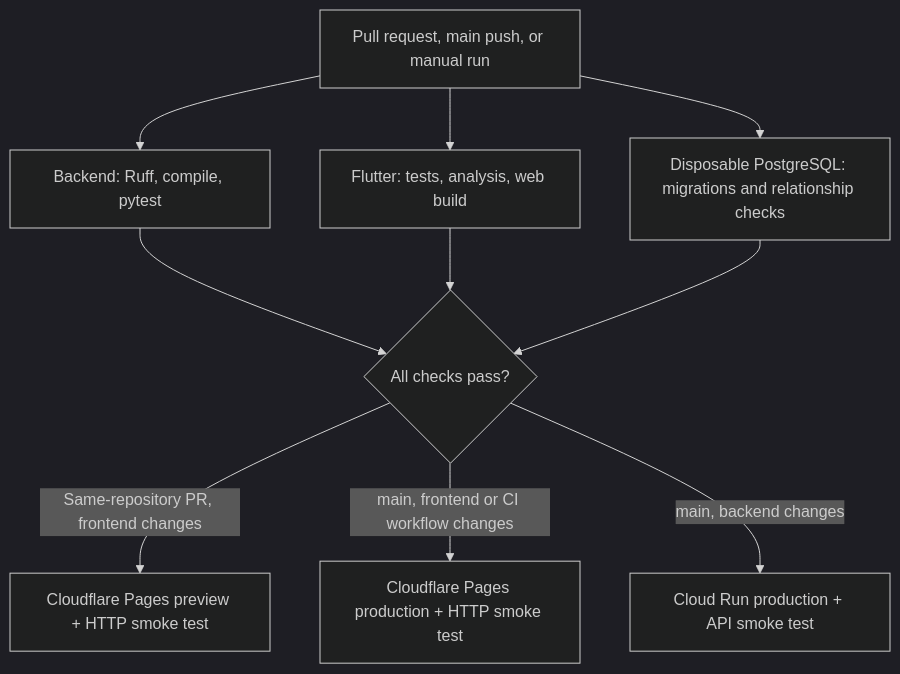
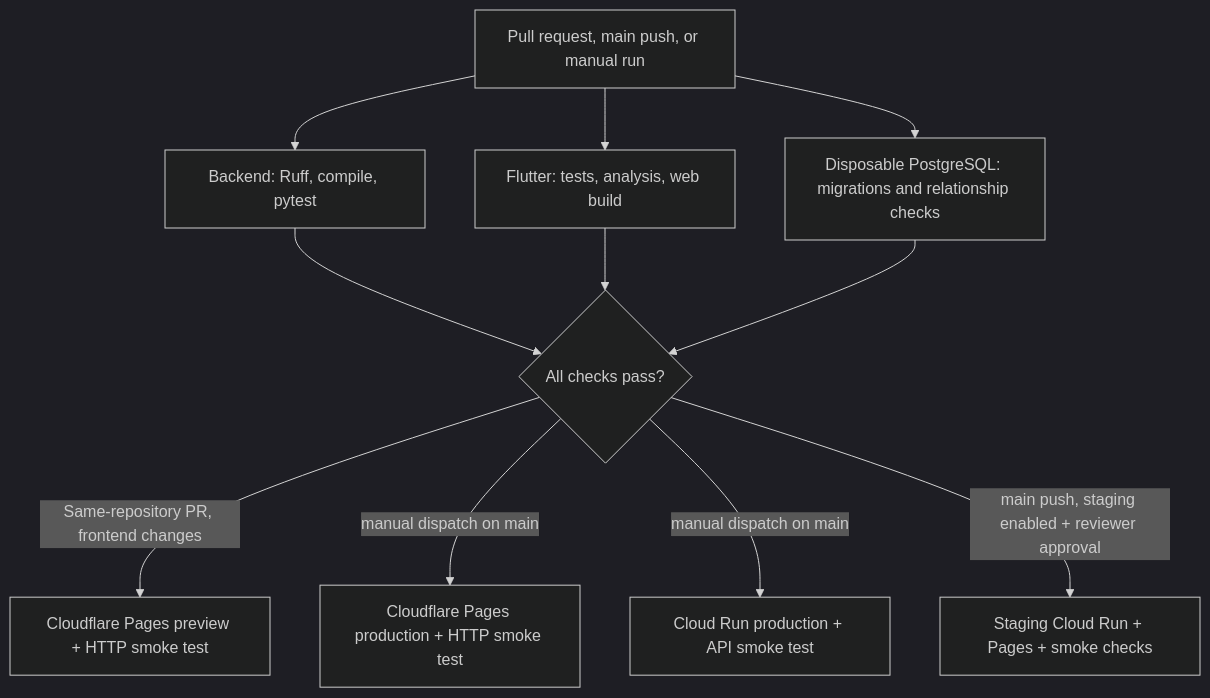
Before and after one commit to relax-mode/lagaw: the diagram in PIPELINE.md, drawn with Mermaid (dark theme). The commit also changed other lines of this file and 2 other files, not shown here.

Commit message:
chore: make production deployments manual

````diff
--- a/PIPELINE.md
+++ b/PIPELINE.md
@@ -7,12 +7,13 @@
 ```mermaid
 flowchart TD
   Trigger[Pull request, main push, or manual run] --> Backend[Backend: Ruff, compile, pytest]
   Trigger --> Frontend[Flutter: tests, analysis, web build]
   Trigger --> Database[Disposable PostgreSQL: migrations and relationship checks]
   Backend --> Gate{All checks pass?}
   Frontend --> Gate
   Database --> Gate
   Gate -->|Same-repository PR, frontend changes| Preview[Cloudflare Pages preview + HTTP smoke test]
-  Gate -->|main, frontend or CI workflow changes| ProductionWeb[Cloudflare Pages production + HTTP smoke test]
-  Gate -->|main, backend changes| ProductionAPI[Cloud Run production + API smoke test]
+  Gate -->|manual dispatch on main| ProductionWeb[Cloudflare Pages production + HTTP smoke test]
+  Gate -->|manual dispatch on main| ProductionAPI[Cloud Run production + API smoke test]
+  Gate -->|main push, staging enabled + reviewer approval| Staging[Staging Cloud Run + Pages + smoke checks]
 ```
````
